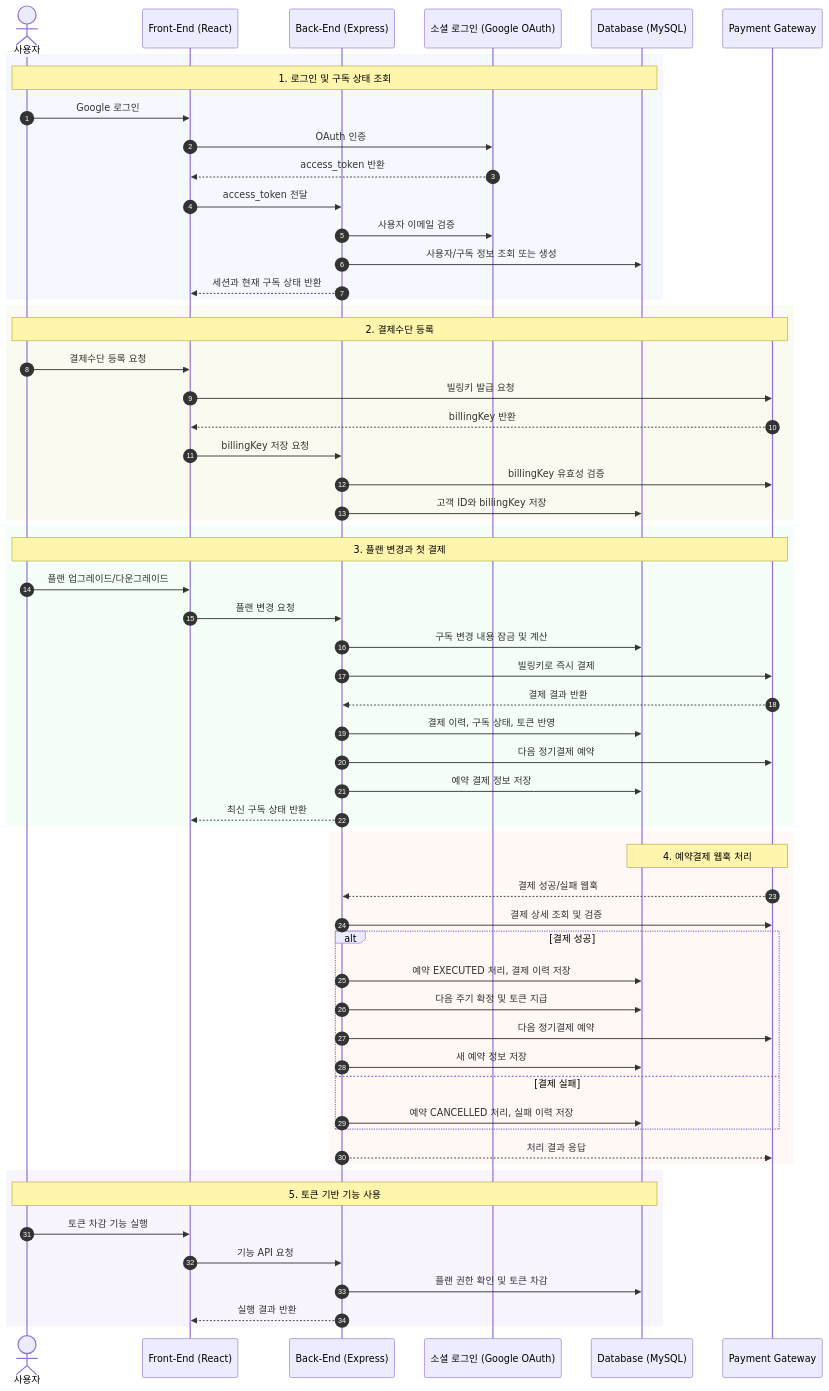
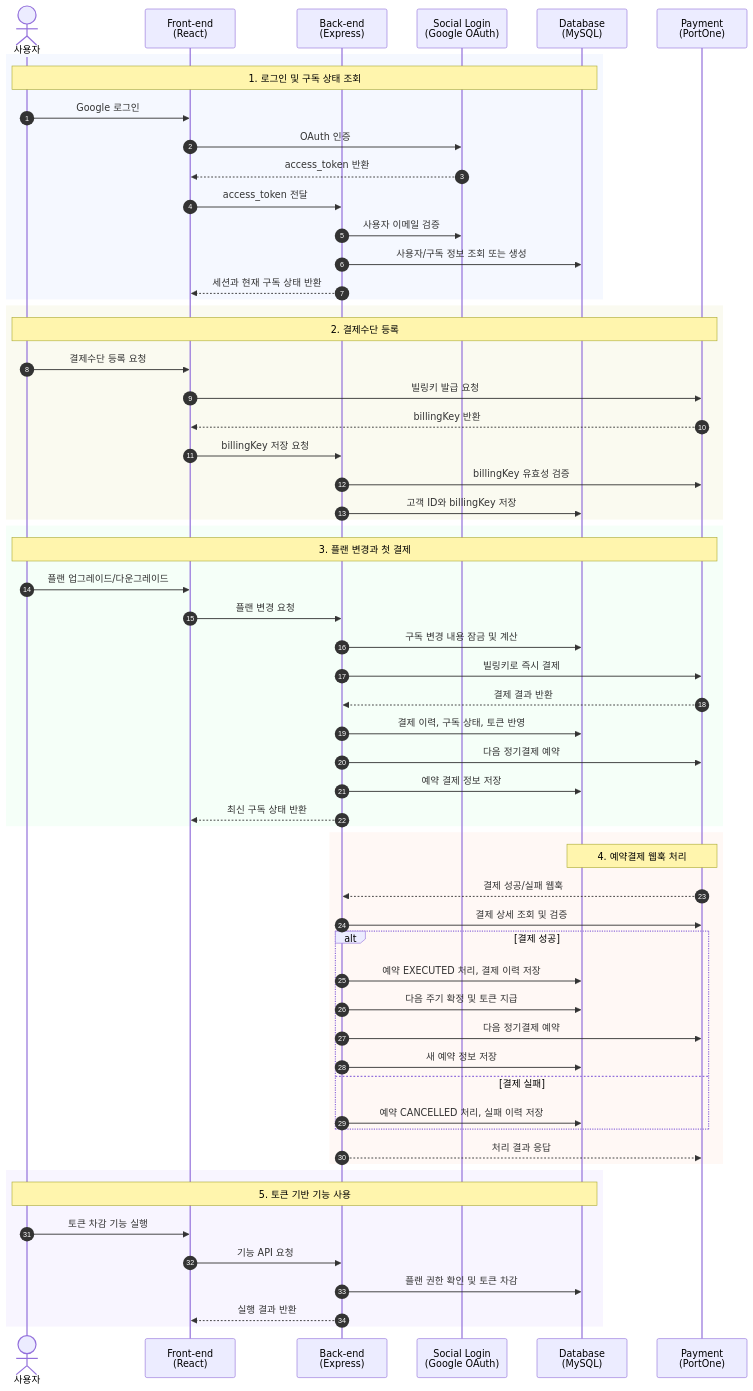
Before and after one commit to jun-seok816/subscription: the first of 2 diagrams in README.md, drawn with Mermaid. The commit also changed other lines of this file, not shown here.

Commit message:
docs : Readme 수정

````diff
--- a/README.md
+++ b/README.md
@@ -10,67 +10,67 @@
 ```mermaid
 sequenceDiagram
     autonumber
     actor User as 사용자
-    participant FE as Front-End (React)
-    participant API as Back-End (Express)
-    participant Google as 소셜 로그인 (Google OAuth)
-    participant DB as Database (MySQL)
-    participant PortOne as Payment Gateway
+    participant FE as Front-end<br/>(React)
+    participant API as Back-end<br/>(Express)
+    participant Google as Social Login<br/>(Google OAuth)
+    participant DB as Database<br/>(MySQL)
+    participant PortOne as Payment<br/>(PortOne)
 
     rect rgb(245, 248, 255)
         Note over User,DB: 1. 로그인 및 구독 상태 조회
         User->>FE: Google 로그인
         FE->>Google: OAuth 인증
         Google-->>FE: access_token 반환
         FE->>API: access_token 전달
         API->>Google: 사용자 이메일 검증
         API->>DB: 사용자/구독 정보 조회 또는 생성
         API-->>FE: 세션과 현재 구독 상태 반환
     end
 
     rect rgb(250, 250, 240)
         Note over User,PortOne: 2. 결제수단 등록
         User->>FE: 결제수단 등록 요청
         FE->>PortOne: 빌링키 발급 요청
         PortOne-->>FE: billingKey 반환
         FE->>API: billingKey 저장 요청
         API->>PortOne: billingKey 유효성 검증
         API->>DB: 고객 ID와 billingKey 저장
     end
 
     rect rgb(245, 255, 248)
         Note over User,PortOne: 3. 플랜 변경과 첫 결제
         User->>FE: 플랜 업그레이드/다운그레이드
         FE->>API: 플랜 변경 요청
         API->>DB: 구독 변경 내용 잠금 및 계산
         API->>PortOne: 빌링키로 즉시 결제
         PortOne-->>API: 결제 결과 반환
         API->>DB: 결제 이력, 구독 상태, 토큰 반영
         API->>PortOne: 다음 정기결제 예약
         API->>DB: 예약 결제 정보 저장
         API-->>FE: 최신 구독 상태 반환
     end
 
     rect rgb(255, 248, 245)
         Note over PortOne,DB: 4. 예약결제 웹훅 처리
         PortOne-->>API: 결제 성공/실패 웹훅
         API->>PortOne: 결제 상세 조회 및 검증
         alt 결제 성공
             API->>DB: 예약 EXECUTED 처리, 결제 이력 저장
             API->>DB: 다음 주기 확정 및 토큰 지급
             API->>PortOne: 다음 정기결제 예약
             API->>DB: 새 예약 정보 저장
         else 결제 실패
             API->>DB: 예약 CANCELLED 처리, 실패 이력 저장
         end
         API-->>PortOne: 처리 결과 응답
     end
 
     rect rgb(248, 245, 255)
         Note over User,DB: 5. 토큰 기반 기능 사용
         User->>FE: 토큰 차감 기능 실행
         FE->>API: 기능 API 요청
         API->>DB: 플랜 권한 확인 및 토큰 차감
         API-->>FE: 실행 결과 반환
     end
 ```
````
